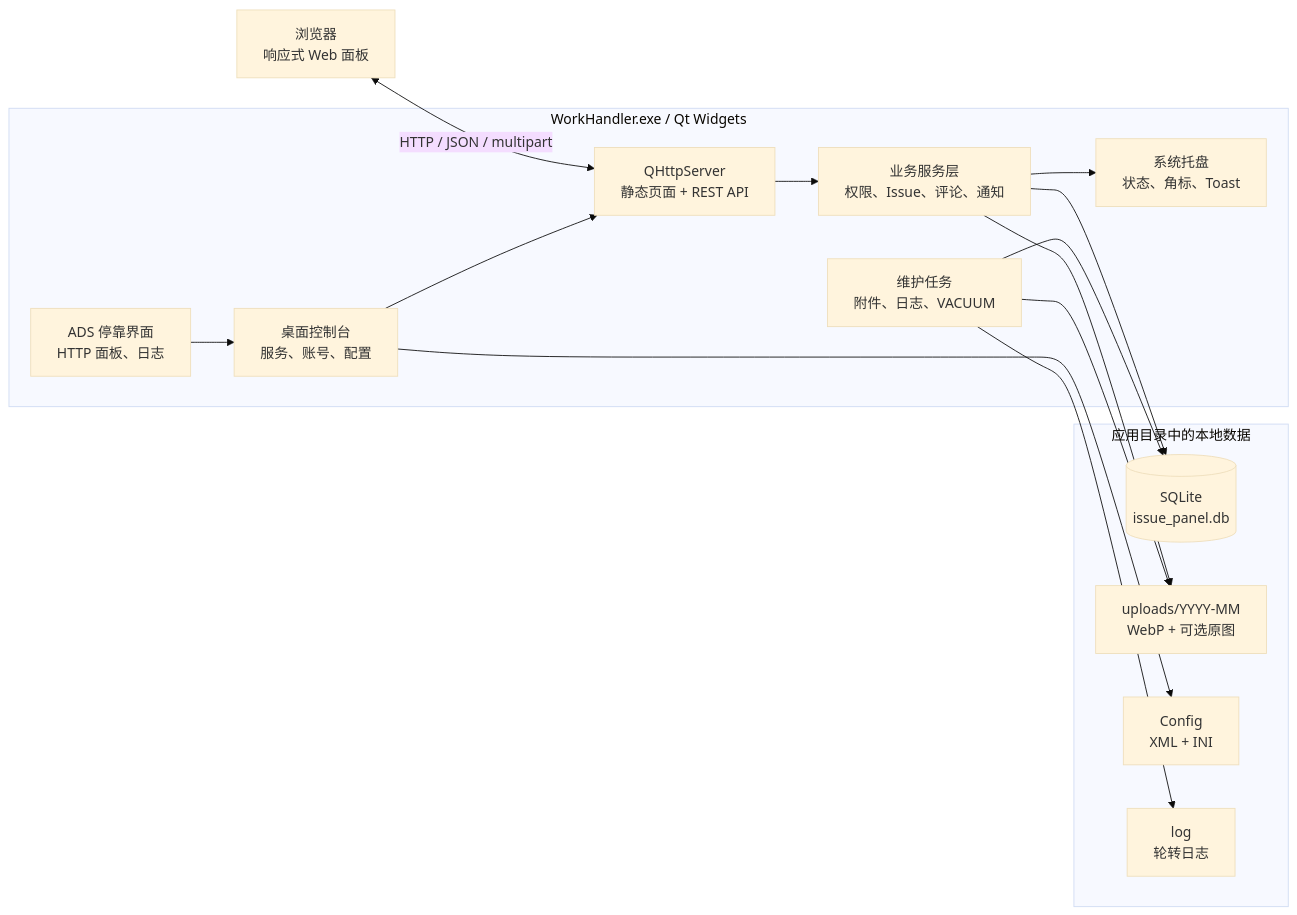
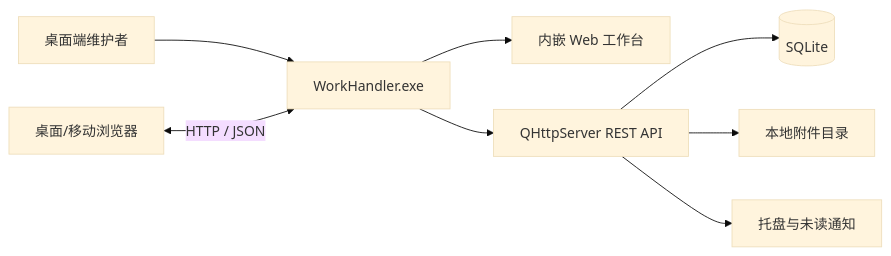
Before and after one commit to JKPXinit/WorkHandler: the diagram in README.md, drawn with Mermaid (base theme). The commit also changed other lines of this file and 2 other files, not shown here.

````diff
--- a/README.md
+++ b/README.md
@@ -93,32 +54,10 @@
 ```mermaid
 flowchart LR
-    Browser[浏览器<br/>响应式 Web 面板]
-
-    subgraph Desktop[WorkHandler.exe / Qt Widgets]
-        Console[桌面控制台<br/>服务、账号、配置]
-        Dock[ADS 停靠界面<br/>HTTP 面板、日志]
-        Tray[系统托盘<br/>状态、角标、Toast]
-        Http[QHttpServer<br/>静态页面 + REST API]
-        Service[业务服务层<br/>权限、Issue、评论、通知]
-        Maintenance[维护任务<br/>附件、日志、VACUUM]
-    end
-
-    subgraph LocalData[应用目录中的本地数据]
-        SQLite[(SQLite<br/>issue_panel.db)]
-        Uploads[uploads/YYYY-MM<br/>WebP + 可选原图]
-        Config[Config<br/>XML + INI]
-        Logs[log<br/>轮转日志]
-    end
-
-    Browser <-->|HTTP / JSON / multipart| Http
-    Console --> Http
-    Console --> Config
-    Dock --> Console
-    Http --> Service
-    Service --> SQLite
-    Service --> Uploads
-    Service --> Tray
-    Maintenance --> SQLite
-    Maintenance --> Uploads
-    Maintenance --> Logs
+    Owner[桌面端维护者] --> Desktop[WorkHandler.exe]
+    Browser[桌面/移动浏览器] <-->|HTTP / JSON| Desktop
+    Desktop --> Web[内嵌 Web 工作台]
+    Desktop --> API[QHttpServer REST API]
+    API --> DB[(SQLite)]
+    API --> Files[本地附件目录]
+    API --> Notify[托盘与未读通知]
 ```
````
